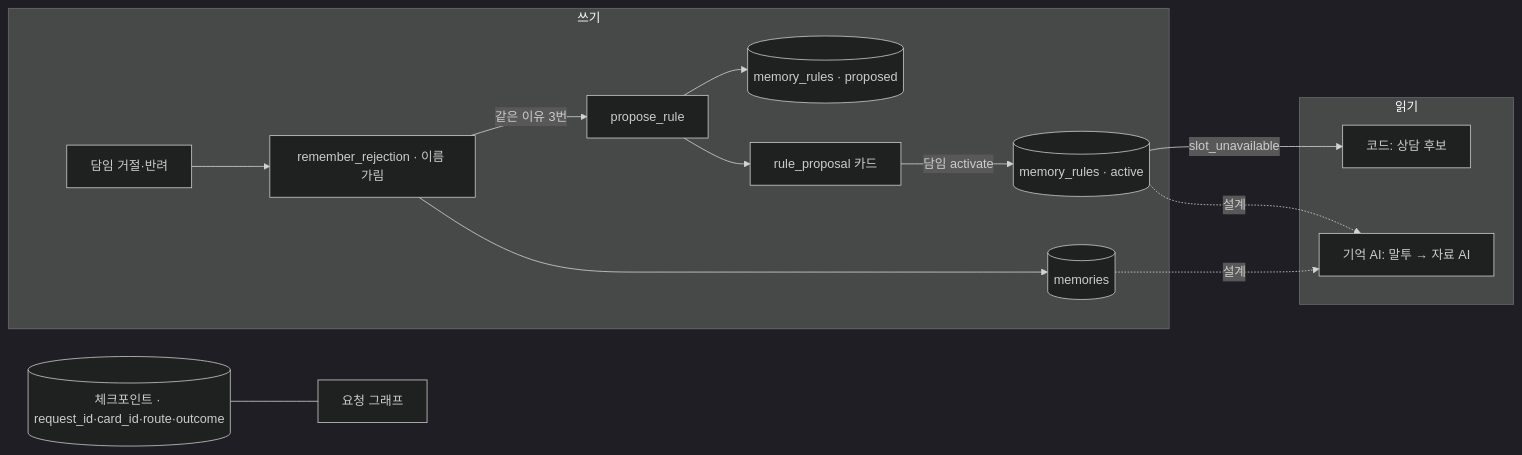
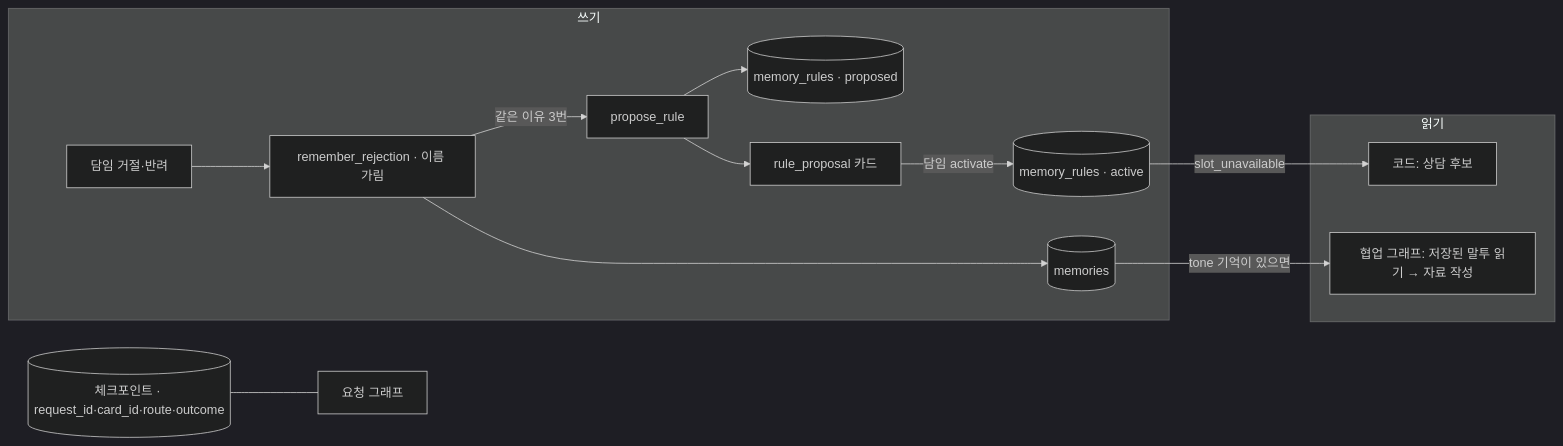
Before and after one commit to aio-final-2team/FinalProject_2Team: the fifth of 5 diagrams in Docs/Step3/T47_멀티에이전트_협업_아키텍처_설계서.md, drawn with Mermaid (dark theme). The commit also changed other lines of this file, not shown here.

Commit message:
docs: sync T47 architecture with current develop

````diff
--- a/Docs/Step3/T47_멀티에이전트_협업_아키텍처_설계서.md
+++ b/Docs/Step3/T47_멀티에이전트_협업_아키텍처_설계서.md
@@ -268,19 +280,18 @@
 ```mermaid
 flowchart LR
     subgraph WRITE_SIDE [쓰기]
         T[담임 거절·반려] --> RR[remember_rejection · 이름 가림]
         RR --> MM[(memories)]
         RR -->|같은 이유 3번| PR[propose_rule]
         PR --> RULE[(memory_rules · proposed)]
         PR --> RPC[rule_proposal 카드]
         RPC -->|담임 activate| ACT[(memory_rules · active)]
     end
     subgraph READ_SIDE [읽기]
         SLOT[코드: 상담 후보]
-        TONE[기억 AI: 말투 → 자료 AI]
+        TONE[협업 그래프: 저장된 말투 읽기 → 자료 작성]
     end
     ACT -->|slot_unavailable| SLOT
-    MM -. 설계 .-> TONE
-    ACT -. 설계 .-> TONE
+    MM -->|tone 기억이 있으면| TONE
     CP[(체크포인트 · request_id·card_id·route·outcome)] --- G[요청 그래프]
 ```
````
